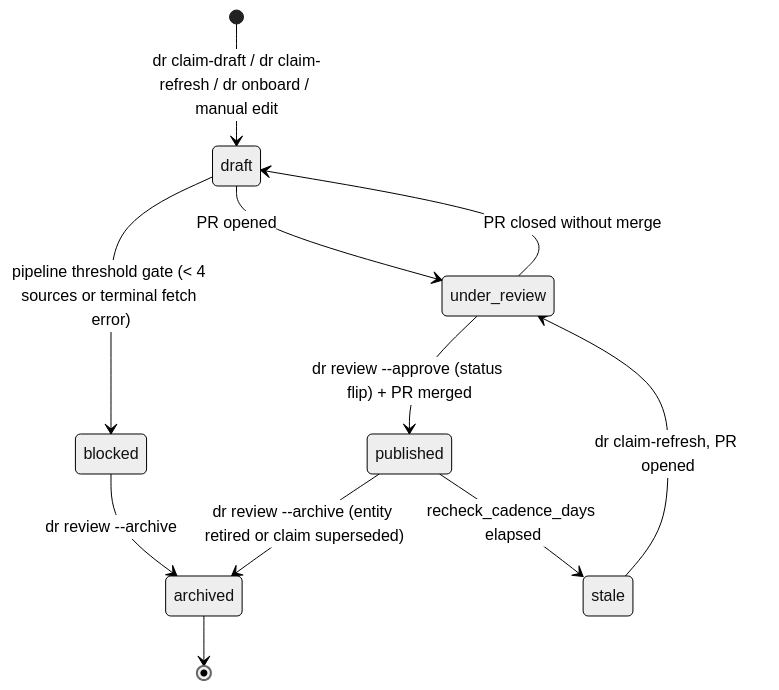
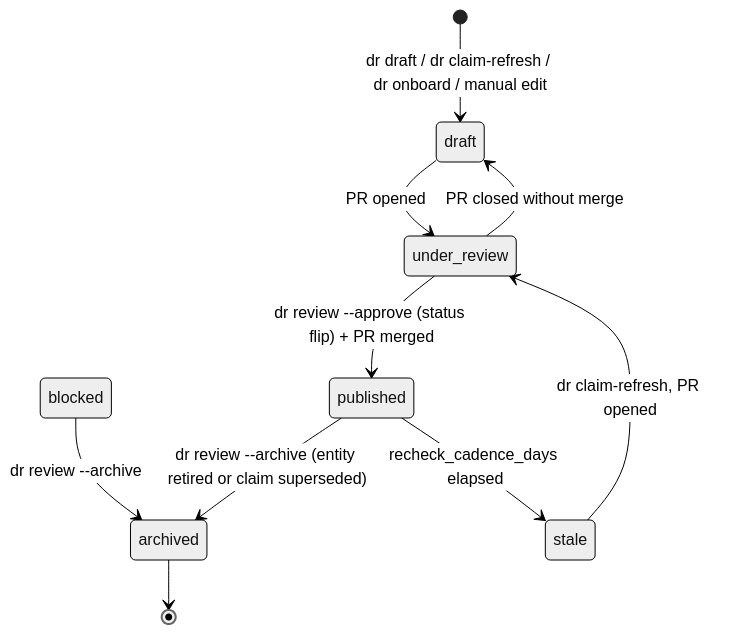
Before and after one commit to dangerous-robot/site: the first of 6 diagrams in docs/architecture/research-flow.md, drawn with Mermaid (neutral theme). The commit also changed other lines of this file and 59 other files, not shown here.

````diff
--- a/docs/architecture/research-flow.md
+++ b/docs/architecture/research-flow.md
@@ -19,13 +19,12 @@
 ```mermaid
 stateDiagram-v2
-    [*] --> draft: dr claim-draft / dr claim-refresh / dr onboard / manual edit
-    draft --> blocked: pipeline threshold gate (< 4 sources or terminal fetch error)
+    [*] --> draft: dr draft / dr claim-refresh / dr onboard / manual edit
     blocked --> archived: dr review --archive
     draft --> under_review: PR opened
     under_review --> draft: PR closed without merge
     under_review --> published: dr review --approve (status flip) + PR merged
     published --> stale: recheck_cadence_days elapsed
     stale --> under_review: dr claim-refresh, PR opened
     published --> archived: dr review --archive (entity retired or claim superseded)
     archived --> [*]
 ```
````
